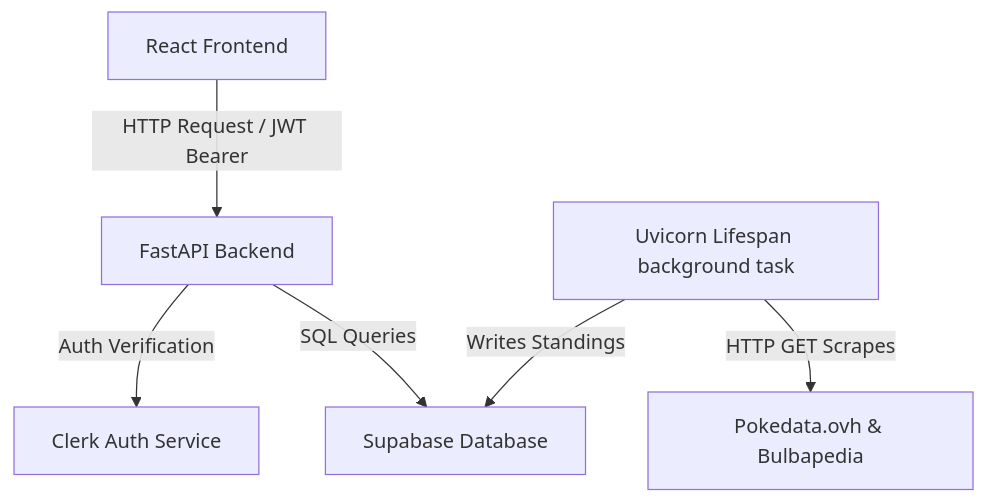
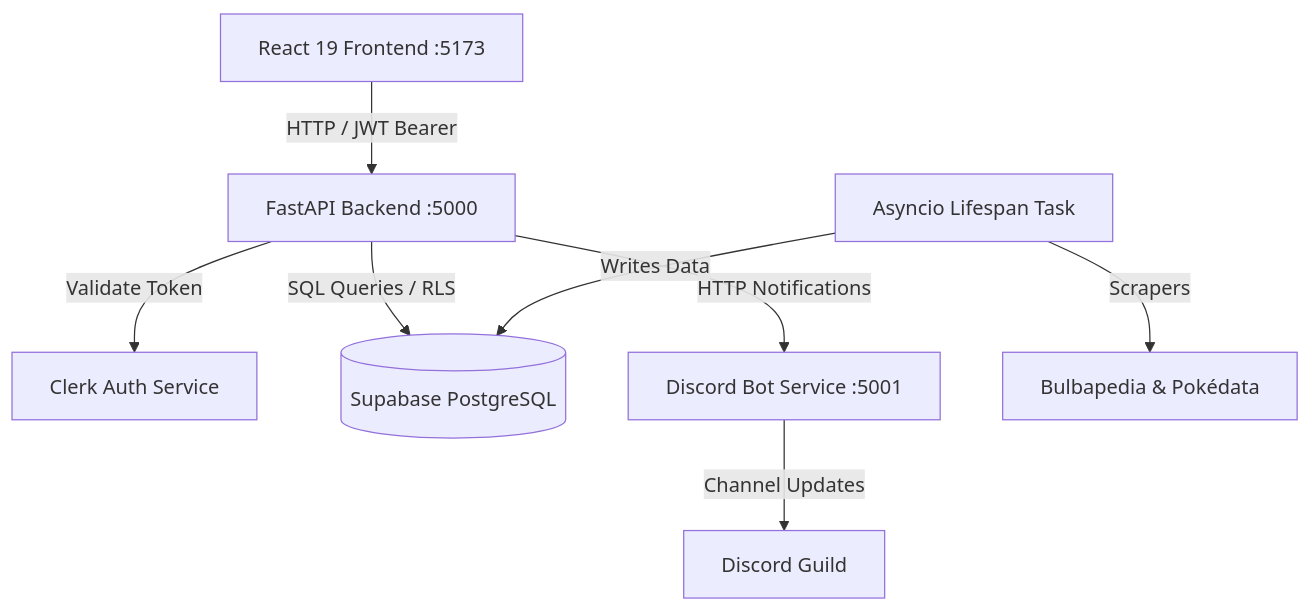
Before and after one commit to L1UK3/playsouthwales: the diagram in docs/architecture.md, drawn with Mermaid. The commit also changed other lines of this file and 9 other files, not shown here.

````diff
--- a/docs/architecture.md
+++ b/docs/architecture.md
@@ -28,8 +11,10 @@
 ```mermaid
 graph TD
-    Client[React Frontend] -->|HTTP Request / JWT Bearer| API[FastAPI Backend]
-    API -->|Auth Verification| Clerk[Clerk Auth Service]
-    API -->|SQL Queries| DB[Supabase Database]
-    Cron[Uvicorn Lifespan background task] -->|HTTP GET Scrapes| Poke[Pokedata.ovh & Bulbapedia]
-    Cron -->|Writes Standings| DB
+    Client[React 19 Frontend :5173] -->|HTTP / JWT Bearer| API[FastAPI Backend :5000]
+    API -->|Validate Token| Clerk[Clerk Auth Service]
+    API -->|SQL Queries / RLS| DB[(Supabase PostgreSQL)]
+    API -->|HTTP Notifications| Bot[Discord Bot Service :5001]
+    Bot -->|Channel Updates| Discord[Discord Guild]
+    Cron[Asyncio Lifespan Task] -->|Scrapers| Ext[Bulbapedia & Pokédata]
+    Cron -->|Writes Data| DB
 ```
````
